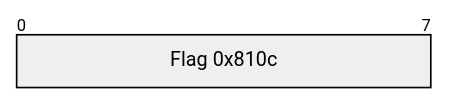
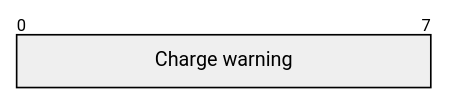
Before and after one commit to W-Floyd/go-micomd: diagram 11 of 41 in docs/spec/kia-ev6-gen5w.md, drawn with Mermaid. The commit also changed other lines of this file and 18 other files, not shown here.

````diff
--- a/docs/spec/kia-ev6-gen5w.md
+++ b/docs/spec/kia-ev6-gen5w.md
@@ -485,4 +483,4 @@
 ```mermaid
 packet-beta
-0-7: "Flag 0x810c"
+0-7: "Charge warning"
 ```
````
